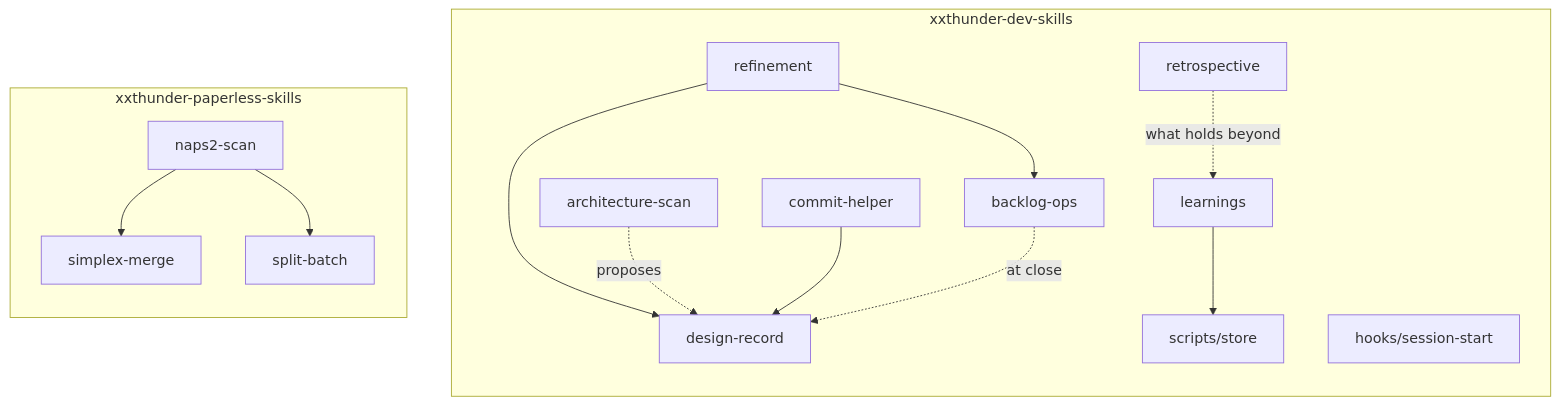
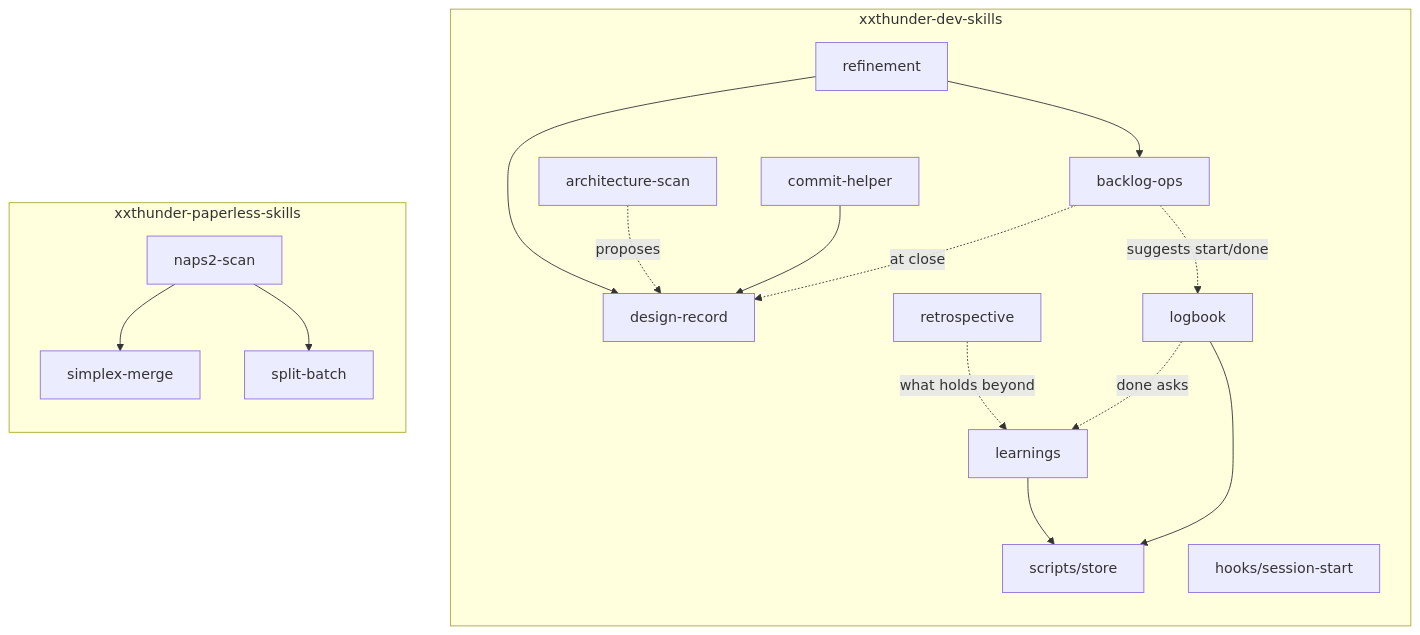
One commit to xxthunder/xxthunder-agentic-skills changed the third of 6 diagrams in docs/architecture.md. Above: the diagram before and after it, drawn with Mermaid. The commit also changed other lines of this file and 6 other files, not shown here.

First line of the commit message:
feat(logbook): add logbook skill; backlog-ops suggests start and done (XAS-035)

````diff
--- a/docs/architecture.md
+++ b/docs/architecture.md
@@ -63,20 +63,23 @@
 ```mermaid
 flowchart TB
     subgraph dev["xxthunder-dev-skills"]
         direction TB
         refinement --> backlog["backlog-ops"]
         refinement --> record["design-record"]
         scan["architecture-scan"] -.proposes.-> record
         commit["commit-helper"] --> record
         backlog -.at close.-> record
         retro["retrospective"]
         retro -.what holds beyond.-> learn["learnings"]
+        backlog -.suggests start/done.-> logb["logbook"]
+        logb -.done asks.-> learn
         learn --> storesh["scripts/store"]
+        logb --> storesh
         hook["hooks/session-start"]
     end
     subgraph paper["xxthunder-paperless-skills"]
         direction TB
         scanp["naps2-scan"] --> merge["simplex-merge"]
         scanp --> split["split-batch"]
     end
 ```
````
